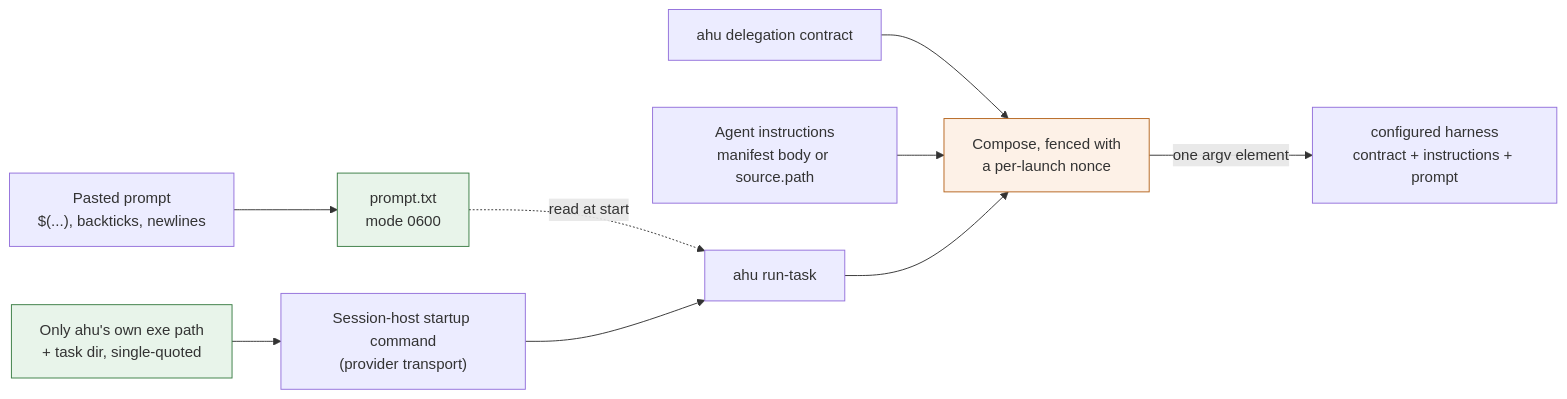
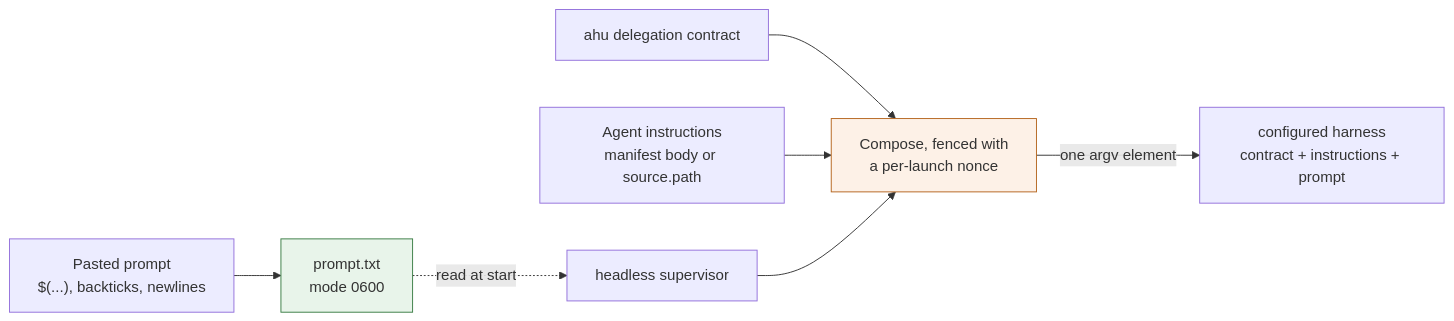
One commit to moai-agent/ahu changed the second of 4 diagrams in .agents/skills/ahu-architecture/SKILL.md. Above: the diagram before and after it, drawn with Mermaid. The commit also changed other lines of this file and 22 other files, not shown here.

First line of the commit message:
Retire stale session-host and interactive guidance from skills, docs and agent manifests

````diff
--- a/.agents/skills/ahu-architecture/SKILL.md
+++ b/.agents/skills/ahu-architecture/SKILL.md
@@ -172,16 +157,12 @@
 ```mermaid
 flowchart LR
     P["Pasted prompt<br/>$(...), backticks, newlines"] --> F["prompt.txt<br/>mode 0600"]
-    F -.->|"read at start"| R["ahu run-task"]
+    F -.->|"read at start"| R["headless supervisor"]
     D["ahu delegation contract"] --> N["Compose, fenced with<br/>a per-launch nonce"]
     A["Agent instructions<br/>manifest body or source.path"] --> N
     R --> N
     N -->|"one argv element"| C["configured harness<br/>contract + instructions + prompt"]
 
-    S["Session-host startup command<br/>(provider transport)"] --> R
-    Q["Only ahu's own exe path<br/>+ task dir, single-quoted"] --> S
-
     style F fill:#e8f4ea,stroke:#3a7d44
-    style Q fill:#e8f4ea,stroke:#3a7d44
     style N fill:#fdf1e7,stroke:#b5651d
 ```
````
